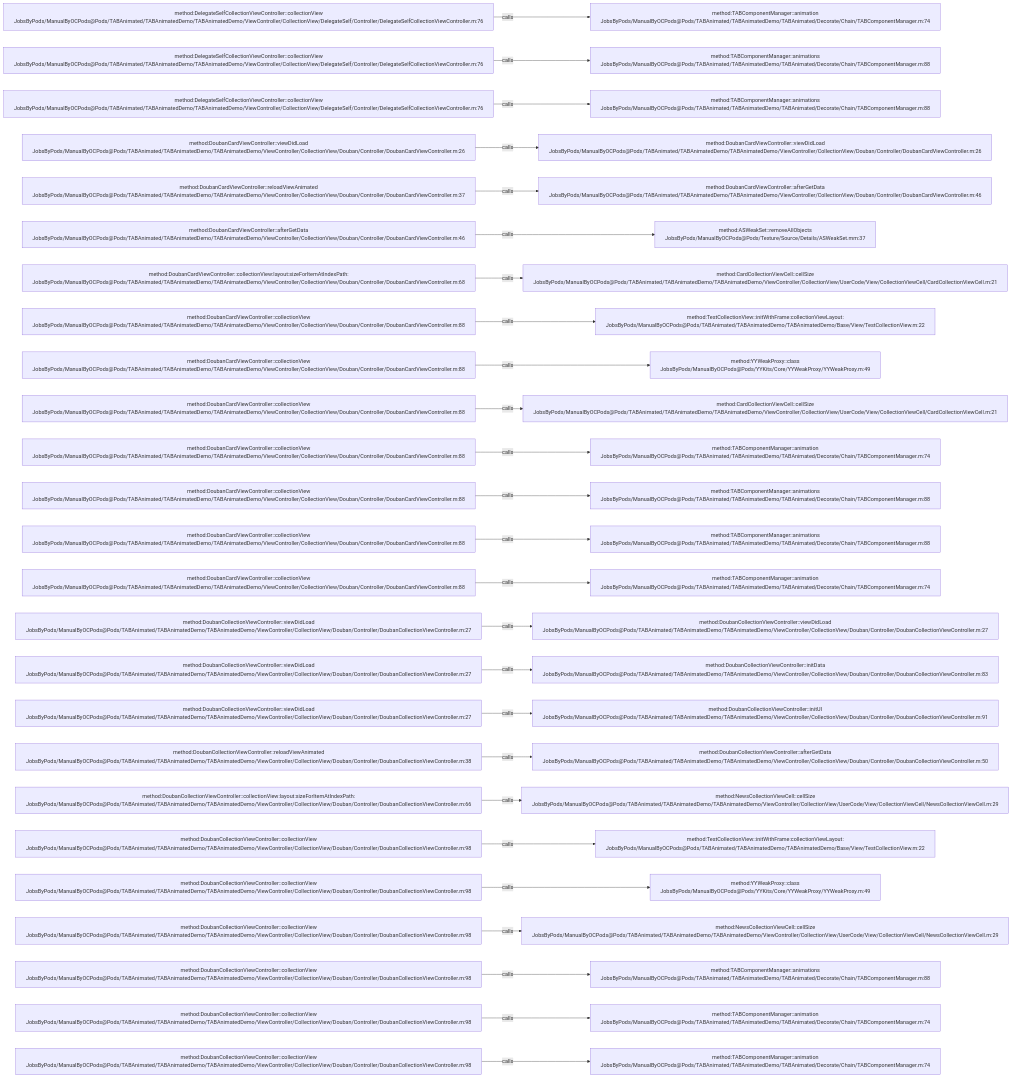
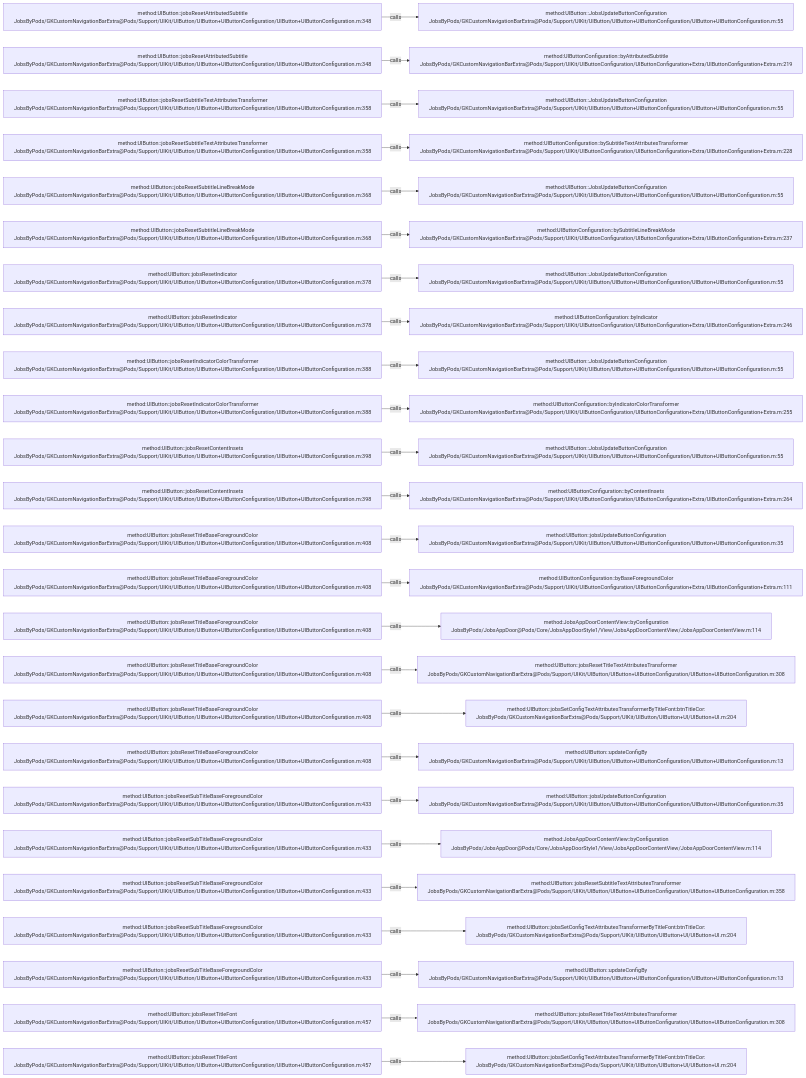
Before and after one commit to JobsKits/JobsOCBaseConfigDemo: the diagram in .codegraph/codegraph.md/graphs/calls-035.md, drawn with Mermaid. The commit also changed 768 other files, not shown here.

````diff
--- a/.codegraph/codegraph.md/graphs/calls-035.md
+++ b/.codegraph/codegraph.md/graphs/calls-035.md
@@ -13,78 +13,78 @@
 ```mermaid
 flowchart LR
-  S1["method:DelegateSelfCollectionViewController::collectionView<br/>JobsByPods/ManualByOCPods@Pods/TABAnimated/TABAnimatedDemo/TABAnimatedDemo/ViewController/CollectionView/DelegateSelf/Controller/DelegateSelfCollectionViewController.m:76"]
-  T1["method:TABComponentManager::animation<br/>JobsByPods/ManualByOCPods@Pods/TABAnimated/TABAnimatedDemo/TABAnimated/Decorate/Chain/TABComponentManager.m:74"]
+  S1["method:UIButton::jobsResetAttributedSubtitle<br/>JobsByPods/GKCustomNavigationBarExtra@Pods/Support/UIKit/UIButton/UIButton+UIButtonConfiguration/UIButton+UIButtonConfiguration.m:348"]
+  T1["method:UIButton::JobsUpdateButtonConfiguration<br/>JobsByPods/GKCustomNavigationBarExtra@Pods/Support/UIKit/UIButton/UIButton+UIButtonConfiguration/UIButton+UIButtonConfiguration.m:55"]
   S1 -->|calls| T1
-  S2["method:DelegateSelfCollectionViewController::collectionView<br/>JobsByPods/ManualByOCPods@Pods/TABAnimated/TABAnimatedDemo/TABAnimatedDemo/ViewController/CollectionView/DelegateSelf/Controller/DelegateSelfCollectionViewController.m:76"]
-  T2["method:TABComponentManager::animations<br/>JobsByPods/ManualByOCPods@Pods/TABAnimated/TABAnimatedDemo/TABAnimated/Decorate/Chain/TABComponentManager.m:88"]
+  S2["method:UIButton::jobsResetAttributedSubtitle<br/>JobsByPods/GKCustomNavigationBarExtra@Pods/Support/UIKit/UIButton/UIButton+UIButtonConfiguration/UIButton+UIButtonConfiguration.m:348"]
+  T2["method:UIButtonConfiguration::byAttributedSubtitle<br/>JobsByPods/GKCustomNavigationBarExtra@Pods/Support/UIKit/UIButtonConfiguration/UIButtonConfiguration+Extra/UIButtonConfiguration+Extra.m:219"]
   S2 -->|calls| T2
-  S3["method:DelegateSelfCollectionViewController::collectionView<br/>JobsByPods/ManualByOCPods@Pods/TABAnimated/TABAnimatedDemo/TABAnimatedDemo/ViewController/CollectionView/DelegateSelf/Controller/DelegateSelfCollectionViewController.m:76"]
-  T3["method:TABComponentManager::animations<br/>JobsByPods/ManualByOCPods@Pods/TABAnimated/TABAnimatedDemo/TABAnimated/Decorate/Chain/TABComponentManager.m:88"]
+  S3["method:UIButton::jobsResetSubtitleTextAttributesTransformer<br/>JobsByPods/GKCustomNavigationBarExtra@Pods/Support/UIKit/UIButton/UIButton+UIButtonConfiguration/UIButton+UIButtonConfiguration.m:358"]
+  T3["method:UIButton::JobsUpdateButtonConfiguration<br/>JobsByPods/GKCustomNavigationBarExtra@Pods/Support/UIKit/UIButton/UIButton+UIButtonConfiguration/UIButton+UIButtonConfiguration.m:55"]
   S3 -->|calls| T3
-  S4["method:DoubanCardViewController::viewDidLoad<br/>JobsByPods/ManualByOCPods@Pods/TABAnimated/TABAnimatedDemo/TABAnimatedDemo/ViewController/CollectionView/Douban/Controller/DoubanCardViewController.m:26"]
-  T4["method:DoubanCardViewController::viewDidLoad<br/>JobsByPods/ManualByOCPods@Pods/TABAnimated/TABAnimatedDemo/TABAnimatedDemo/ViewController/CollectionView/Douban/Controller/DoubanCardViewController.m:26"]
+  S4["method:UIButton::jobsResetSubtitleTextAttributesTransformer<br/>JobsByPods/GKCustomNavigationBarExtra@Pods/Support/UIKit/UIButton/UIButton+UIButtonConfiguration/UIButton+UIButtonConfiguration.m:358"]
+  T4["method:UIButtonConfiguration::bySubtitleTextAttributesTransformer<br/>JobsByPods/GKCustomNavigationBarExtra@Pods/Support/UIKit/UIButtonConfiguration/UIButtonConfiguration+Extra/UIButtonConfiguration+Extra.m:228"]
   S4 -->|calls| T4
-  S5["method:DoubanCardViewController::reloadViewAnimated<br/>JobsByPods/ManualByOCPods@Pods/TABAnimated/TABAnimatedDemo/TABAnimatedDemo/ViewController/CollectionView/Douban/Controller/DoubanCardViewController.m:37"]
-  T5["method:DoubanCardViewController::afterGetData<br/>JobsByPods/ManualByOCPods@Pods/TABAnimated/TABAnimatedDemo/TABAnimatedDemo/ViewController/CollectionView/Douban/Controller/DoubanCardViewController.m:46"]
+  S5["method:UIButton::jobsResetSubtitleLineBreakMode<br/>JobsByPods/GKCustomNavigationBarExtra@Pods/Support/UIKit/UIButton/UIButton+UIButtonConfiguration/UIButton+UIButtonConfiguration.m:368"]
+  T5["method:UIButton::JobsUpdateButtonConfiguration<br/>JobsByPods/GKCustomNavigationBarExtra@Pods/Support/UIKit/UIButton/UIButton+UIButtonConfiguration/UIButton+UIButtonConfiguration.m:55"]
   S5 -->|calls| T5
-  S6["method:DoubanCardViewController::afterGetData<br/>JobsByPods/ManualByOCPods@Pods/TABAnimated/TABAnimatedDemo/TABAnimatedDemo/ViewController/CollectionView/Douban/Controller/DoubanCardViewController.m:46"]
-  T6["method:ASWeakSet::removeAllObjects<br/>JobsByPods/ManualByOCPods@Pods/Texture/Source/Details/ASWeakSet.mm:37"]
+  S6["method:UIButton::jobsResetSubtitleLineBreakMode<br/>JobsByPods/GKCustomNavigationBarExtra@Pods/Support/UIKit/UIButton/UIButton+UIButtonConfiguration/UIButton+UIButtonConfiguration.m:368"]
+  T6["method:UIButtonConfiguration::bySubtitleLineBreakMode<br/>JobsByPods/GKCustomNavigationBarExtra@Pods/Support/UIKit/UIButtonConfiguration/UIButtonConfiguration+Extra/UIButtonConfiguration+Extra.m:237"]
   S6 -->|calls| T6
-  S7["method:DoubanCardViewController::collectionView:layout:sizeForItemAtIndexPath:<br/>JobsByPods/ManualByOCPods@Pods/TABAnimated/TABAnimatedDemo/TABAnimatedDemo/ViewController/CollectionView/Douban/Controller/DoubanCardViewController.m:68"]
-  T7["method:CardCollectionViewCell::cellSize<br/>JobsByPods/ManualByOCPods@Pods/TABAnimated/TABAnimatedDemo/TABAnimatedDemo/ViewController/CollectionView/UserCode/View/CollectionViewCell/CardCollectionViewCell.m:21"]
+  S7["method:UIButton::jobsResetIndicator<br/>JobsByPods/GKCustomNavigationBarExtra@Pods/Support/UIKit/UIButton/UIButton+UIButtonConfiguration/UIButton+UIButtonConfiguration.m:378"]
+  T7["method:UIButton::JobsUpdateButtonConfiguration<br/>JobsByPods/GKCustomNavigationBarExtra@Pods/Support/UIKit/UIButton/UIButton+UIButtonConfiguration/UIButton+UIButtonConfiguration.m:55"]
   S7 -->|calls| T7
-  S8["method:DoubanCardViewController::collectionView<br/>JobsByPods/ManualByOCPods@Pods/TABAnimated/TABAnimatedDemo/TABAnimatedDemo/ViewController/CollectionView/Douban/Controller/DoubanCardViewController.m:88"]
-  T8["method:TestCollectionView::initWithFrame:collectionViewLayout:<br/>JobsByPods/ManualByOCPods@Pods/TABAnimated/TABAnimatedDemo/TABAnimatedDemo/Base/View/TestCollectionView.m:22"]
+  S8["method:UIButton::jobsResetIndicator<br/>JobsByPods/GKCustomNavigationBarExtra@Pods/Support/UIKit/UIButton/UIButton+UIButtonConfiguration/UIButton+UIButtonConfiguration.m:378"]
+  T8["method:UIButtonConfiguration::byIndicator<br/>JobsByPods/GKCustomNavigationBarExtra@Pods/Support/UIKit/UIButtonConfiguration/UIButtonConfiguration+Extra/UIButtonConfiguration+Extra.m:246"]
   S8 -->|calls| T8
-  S9["method:DoubanCardViewController::collectionView<br/>JobsByPods/ManualByOCPods@Pods/TABAnimated/TABAnimatedDemo/TABAnimatedDemo/ViewController/CollectionView/Douban/Controller/DoubanCardViewController.m:88"]
-  T9["method:YYWeakProxy::class<br/>JobsByPods/ManualByOCPods@Pods/YYKits/Core/YYWeakProxy/YYWeakProxy.m:49"]
+  S9["method:UIButton::jobsResetIndicatorColorTransformer<br/>JobsByPods/GKCustomNavigationBarExtra@Pods/Support/UIKit/UIButton/UIButton+UIButtonConfiguration/UIButton+UIButtonConfiguration.m:388"]
+  T9["method:UIButton::JobsUpdateButtonConfiguration<br/>JobsByPods/GKCustomNavigationBarExtra@Pods/Support/UIKit/UIButton/UIButton+UIButtonConfiguration/UIButton+UIButtonConfiguration.m:55"]
   S9 -->|calls| T9
-  S10["method:DoubanCardViewController::collectionView<br/>JobsByPods/ManualByOCPods@Pods/TABAnimated/TABAnimatedDemo/TABAnimatedDemo/ViewController/CollectionView/Douban/Controller/DoubanCardViewController.m:88"]
-  T10["method:CardCollectionViewCell::cellSize<br/>JobsByPods/ManualByOCPods@Pods/TABAnimated/TABAnimatedDemo/TABAnimatedDemo/ViewController/CollectionView/UserCode/View/CollectionViewCell/CardCollectionViewCell.m:21"]
+  S10["method:UIButton::jobsResetIndicatorColorTransformer<br/>JobsByPods/GKCustomNavigationBarExtra@Pods/Support/UIKit/UIButton/UIButton+UIButtonConfiguration/UIButton+UIButtonConfiguration.m:388"]
+  T10["method:UIButtonConfiguration::byIndicatorColorTransformer<br/>JobsByPods/GKCustomNavigationBarExtra@Pods/Support/UIKit/UIButtonConfiguration/UIButtonConfiguration+Extra/UIButtonConfiguration+Extra.m:255"]
   S10 -->|calls| T10
-  S11["method:DoubanCardViewController::collectionView<br/>JobsByPods/ManualByOCPods@Pods/TABAnimated/TABAnimatedDemo/TABAnimatedDemo/ViewController/CollectionView/Douban/Controller/DoubanCardViewController.m:88"]
-  T11["method:TABComponentManager::animation<br/>JobsByPods/ManualByOCPods@Pods/TABAnimated/TABAnimatedDemo/TABAnimated/Decorate/Chain/TABComponentManager.m:74"]
+  S11["method:UIButton::jobsResetContentInsets<br/>JobsByPods/GKCustomNavigationBarExtra@Pods/Support/UIKit/UIButton/UIButton+UIButtonConfiguration/UIButton+UIButtonConfiguration.m:398"]
+  T11["method:UIButton::JobsUpdateButtonConfiguration<br/>JobsByPods/GKCustomNavigationBarExtra@Pods/Support/UIKit/UIButton/UIButton+UIButtonConfiguration/UIButton+UIButtonConfiguration.m:55"]
   S11 -->|calls| T11
-  S12["method:DoubanCardViewController::collectionView<br/>JobsByPods/ManualByOCPods@Pods/TABAnimated/TABAnimatedDemo/TABAnimatedDemo/ViewController/CollectionView/Douban/Controller/DoubanCardViewController.m:88"]
-  T12["method:TABComponentManager::animations<br/>JobsByPods/ManualByOCPods@Pods/TABAnimated/TABAnimatedDemo/TABAnimated/Decorate/Chain/TABComponentManager.m:88"]
+  S12["method:UIButton::jobsResetContentInsets<br/>JobsByPods/GKCustomNavigationBarExtra@Pods/Support/UIKit/UIButton/UIButton+UIButtonConfiguration/UIButton+UIButtonConfiguration.m:398"]
+  T12["method:UIButtonConfiguration::byContentInsets<br/>JobsByPods/GKCustomNavigationBarExtra@Pods/Support/UIKit/UIButtonConfiguration/UIButtonConfiguration+Extra/UIButtonConfiguration+Extra.m:264"]
   S12 -->|calls| T12
-  S13["method:DoubanCardViewController::collectionView<br/>JobsByPods/ManualByOCPods@Pods/TABAnimated/TABAnimatedDemo/TABAnimatedDemo/ViewController/CollectionView/Douban/Controller/DoubanCardViewController.m:88"]
-  T13["method:TABComponentManager::animations<br/>JobsByPods/ManualByOCPods@Pods/TABAnimated/TABAnimatedDemo/TABAnimated/Decorate/Chain/TABComponentManager.m:88"]
+  S13["method:UIButton::jobsResetTitleBaseForegroundColor<br/>JobsByPods/GKCustomNavigationBarExtra@Pods/Support/UIKit/UIButton/UIButton+UIButtonConfiguration/UIButton+UIButtonConfiguration.m:408"]
+  T13["method:UIButton::jobsUpdateButtonConfiguration<br/>JobsByPods/GKCustomNavigationBarExtra@Pods/Support/UIKit/UIButton/UIButton+UIButtonConfiguration/UIButton+UIButtonConfiguration.m:35"]
   S13 -->|calls| T13
-  S14["method:DoubanCardViewController::collectionView<br/>JobsByPods/ManualByOCPods@Pods/TABAnimated/TABAnimatedDemo/TABAnimatedDemo/ViewController/CollectionView/Douban/Controller/DoubanCardViewController.m:88"]
-  T14["method:TABComponentManager::animation<br/>JobsByPods/ManualByOCPods@Pods/TABAnimated/TABAnimatedDemo/TABAnimated/Decorate/Chain/TABComponentManager.m:74"]
+  S14["method:UIButton::jobsResetTitleBaseForegroundColor<br/>JobsByPods/GKCustomNavigationBarExtra@Pods/Support/UIKit/UIButton/UIButton+UIButtonConfiguration/UIButton+UIButtonConfiguration.m:408"]
+  T14["method:UIButtonConfiguration::byBaseForegroundColor<br/>JobsByPods/GKCustomNavigationBarExtra@Pods/Support/UIKit/UIButtonConfiguration/UIButtonConfiguration+Extra/UIButtonConfiguration+Extra.m:111"]
   S14 -->|calls| T14
-  S15["method:DoubanCollectionViewController::viewDidLoad<br/>JobsByPods/ManualByOCPods@Pods/TABAnimated/TABAnimatedDemo/TABAnimatedDemo/ViewController/CollectionView/Douban/Controller/DoubanCollectionViewController.m:27"]
-  T15["method:DoubanCollectionViewController::viewDidLoad<br/>JobsByPods/ManualByOCPods@Pods/TABAnimated/TABAnimatedDemo/TABAnimatedDemo/ViewController/CollectionView/Douban/Controller/DoubanCollectionViewController.m:27"]
+  S15["method:UIButton::jobsResetTitleBaseForegroundColor<br/>JobsByPods/GKCustomNavigationBarExtra@Pods/Support/UIKit/UIButton/UIButton+UIButtonConfiguration/UIButton+UIButtonConfiguration.m:408"]
+  T15["method:JobsAppDoorContentView::byConfiguration<br/>JobsByPods/JobsAppDoor@Pods/Core/JobsAppDoorStyle1/View/JobsAppDoorContentView/JobsAppDoorContentView.m:114"]
   S15 -->|calls| T15
-  S16["method:DoubanCollectionViewController::viewDidLoad<br/>JobsByPods/ManualByOCPods@Pods/TABAnimated/TABAnimatedDemo/TABAnimatedDemo/ViewController/CollectionView/Douban/Controller/DoubanCollectionViewController.m:27"]
-  T16["method:DoubanCollectionViewController::initData<br/>JobsByPods/ManualByOCPods@Pods/TABAnimated/TABAnimatedDemo/TABAnimatedDemo/ViewController/CollectionView/Douban/Controller/DoubanCollectionViewController.m:83"]
+  S16["method:UIButton::jobsResetTitleBaseForegroundColor<br/>JobsByPods/GKCustomNavigationBarExtra@Pods/Support/UIKit/UIButton/UIButton+UIButtonConfiguration/UIButton+UIButtonConfiguration.m:408"]
+  T16["method:UIButton::jobsResetTitleTextAttributesTransformer<br/>JobsByPods/GKCustomNavigationBarExtra@Pods/Support/UIKit/UIButton/UIButton+UIButtonConfiguration/UIButton+UIButtonConfiguration.m:308"]
   S16 -->|calls| T16
-  S17["method:DoubanCollectionViewController::viewDidLoad<br/>JobsByPods/ManualByOCPods@Pods/TABAnimated/TABAnimatedDemo/TABAnimatedDemo/ViewController/CollectionView/Douban/Controller/DoubanCollectionViewController.m:27"]
-  T17["method:DoubanCollectionViewController::initUI<br/>JobsByPods/ManualByOCPods@Pods/TABAnimated/TABAnimatedDemo/TABAnimatedDemo/ViewController/CollectionView/Douban/Controller/DoubanCollectionViewController.m:91"]
+  S17["method:UIButton::jobsResetTitleBaseForegroundColor<br/>JobsByPods/GKCustomNavigationBarExtra@Pods/Support/UIKit/UIButton/UIButton+UIButtonConfiguration/UIButton+UIButtonConfiguration.m:408"]
+  T17["method:UIButton::jobsSetConfigTextAttributesTransformerByTitleFont:btnTitleCor:<br/>JobsByPods/GKCustomNavigationBarExtra@Pods/Support/UIKit/UIButton/UIButton+UI/UIButton+UI.m:204"]
   S17 -->|calls| T17
-  S18["method:DoubanCollectionViewController::reloadViewAnimated<br/>JobsByPods/ManualByOCPods@Pods/TABAnimated/TABAnimatedDemo/TABAnimatedDemo/ViewController/CollectionView/Douban/Controller/DoubanCollectionViewController.m:38"]
-  T18["method:DoubanCollectionViewController::afterGetData<br/>JobsByPods/ManualByOCPods@Pods/TABAnimated/TABAnimatedDemo/TABAnimatedDemo/ViewController/CollectionView/Douban/Controller/DoubanCollectionViewController.m:50"]
+  S18["method:UIButton::jobsResetTitleBaseForegroundColor<br/>JobsByPods/GKCustomNavigationBarExtra@Pods/Support/UIKit/UIButton/UIButton+UIButtonConfiguration/UIButton+UIButtonConfiguration.m:408"]
+  T18["method:UIButton::updateConfigBy<br/>JobsByPods/GKCustomNavigationBarExtra@Pods/Support/UIKit/UIButton/UIButton+UIButtonConfiguration/UIButton+UIButtonConfiguration.m:13"]
   S18 -->|calls| T18
-  S19["method:DoubanCollectionViewController::collectionView:layout:sizeForItemAtIndexPath:<br/>JobsByPods/ManualByOCPods@Pods/TABAnimated/TABAnimatedDemo/TABAnimatedDemo/ViewController/CollectionView/Douban/Controller/DoubanCollectionViewController.m:66"]
-  T19["method:NewsCollectionViewCell::cellSize<br/>JobsByPods/ManualByOCPods@Pods/TABAnimated/TABAnimatedDemo/TABAnimatedDemo/ViewController/CollectionView/UserCode/View/CollectionViewCell/NewsCollectionViewCell.m:29"]
+  S19["method:UIButton::jobsResetSubTitleBaseForegroundColor<br/>JobsByPods/GKCustomNavigationBarExtra@Pods/Support/UIKit/UIButton/UIButton+UIButtonConfiguration/UIButton+UIButtonConfiguration.m:433"]
+  T19["method:UIButton::jobsUpdateButtonConfiguration<br/>JobsByPods/GKCustomNavigationBarExtra@Pods/Support/UIKit/UIButton/UIButton+UIButtonConfiguration/UIButton+UIButtonConfiguration.m:35"]
   S19 -->|calls| T19
-  S20["method:DoubanCollectionViewController::collectionView<br/>JobsByPods/ManualByOCPods@Pods/TABAnimated/TABAnimatedDemo/TABAnimatedDemo/ViewController/CollectionView/Douban/Controller/DoubanCollectionViewController.m:98"]
-  T20["method:TestCollectionView::initWithFrame:collectionViewLayout:<br/>JobsByPods/ManualByOCPods@Pods/TABAnimated/TABAnimatedDemo/TABAnimatedDemo/Base/View/TestCollectionView.m:22"]
+  S20["method:UIButton::jobsResetSubTitleBaseForegroundColor<br/>JobsByPods/GKCustomNavigationBarExtra@Pods/Support/UIKit/UIButton/UIButton+UIButtonConfiguration/UIButton+UIButtonConfiguration.m:433"]
+  T20["method:JobsAppDoorContentView::byConfiguration<br/>JobsByPods/JobsAppDoor@Pods/Core/JobsAppDoorStyle1/View/JobsAppDoorContentView/JobsAppDoorContentView.m:114"]
   S20 -->|calls| T20
-  S21["method:DoubanCollectionViewController::collectionView<br/>JobsByPods/ManualByOCPods@Pods/TABAnimated/TABAnimatedDemo/TABAnimatedDemo/ViewController/CollectionView/Douban/Controller/DoubanCollectionViewController.m:98"]
-  T21["method:YYWeakProxy::class<br/>JobsByPods/ManualByOCPods@Pods/YYKits/Core/YYWeakProxy/YYWeakProxy.m:49"]
+  S21["method:UIButton::jobsResetSubTitleBaseForegroundColor<br/>JobsByPods/GKCustomNavigationBarExtra@Pods/Support/UIKit/UIButton/UIButton+UIButtonConfiguration/UIButton+UIButtonConfiguration.m:433"]
+  T21["method:UIButton::jobsResetSubtitleTextAttributesTransformer<br/>JobsByPods/GKCustomNavigationBarExtra@Pods/Support/UIKit/UIButton/UIButton+UIButtonConfiguration/UIButton+UIButtonConfiguration.m:358"]
   S21 -->|calls| T21
-  S22["method:DoubanCollectionViewController::collectionView<br/>JobsByPods/ManualByOCPods@Pods/TABAnimated/TABAnimatedDemo/TABAnimatedDemo/ViewController/CollectionView/Douban/Controller/DoubanCollectionViewController.m:98"]
-  T22["method:NewsCollectionViewCell::cellSize<br/>JobsByPods/ManualByOCPods@Pods/TABAnimated/TABAnimatedDemo/TABAnimatedDemo/ViewController/CollectionView/UserCode/View/CollectionViewCell/NewsCollectionViewCell.m:29"]
+  S22["method:UIButton::jobsResetSubTitleBaseForegroundColor<br/>JobsByPods/GKCustomNavigationBarExtra@Pods/Support/UIKit/UIButton/UIButton+UIButtonConfiguration/UIButton+UIButtonConfiguration.m:433"]
+  T22["method:UIButton::jobsSetConfigTextAttributesTransformerByTitleFont:btnTitleCor:<br/>JobsByPods/GKCustomNavigationBarExtra@Pods/Support/UIKit/UIButton/UIButton+UI/UIButton+UI.m:204"]
   S22 -->|calls| T22
-  S23["method:DoubanCollectionViewController::collectionView<br/>JobsByPods/ManualByOCPods@Pods/TABAnimated/TABAnimatedDemo/TABAnimatedDemo/ViewController/CollectionView/Douban/Controller/DoubanCollectionViewController.m:98"]
-  T23["method:TABComponentManager::animations<br/>JobsByPods/ManualByOCPods@Pods/TABAnimated/TABAnimatedDemo/TABAnimated/Decorate/Chain/TABComponentManager.m:88"]
+  S23["method:UIButton::jobsResetSubTitleBaseForegroundColor<br/>JobsByPods/GKCustomNavigationBarExtra@Pods/Support/UIKit/UIButton/UIButton+UIButtonConfiguration/UIButton+UIButtonConfiguration.m:433"]
+  T23["method:UIButton::updateConfigBy<br/>JobsByPods/GKCustomNavigationBarExtra@Pods/Support/UIKit/UIButton/UIButton+UIButtonConfiguration/UIButton+UIButtonConfiguration.m:13"]
   S23 -->|calls| T23
-  S24["method:DoubanCollectionViewController::collectionView<br/>JobsByPods/ManualByOCPods@Pods/TABAnimated/TABAnimatedDemo/TABAnimatedDemo/ViewController/CollectionView/Douban/Controller/DoubanCollectionViewController.m:98"]
-  T24["method:TABComponentManager::animation<br/>JobsByPods/ManualByOCPods@Pods/TABAnimated/TABAnimatedDemo/TABAnimated/Decorate/Chain/TABComponentManager.m:74"]
+  S24["method:UIButton::jobsResetTitleFont<br/>JobsByPods/GKCustomNavigationBarExtra@Pods/Support/UIKit/UIButton/UIButton+UIButtonConfiguration/UIButton+UIButtonConfiguration.m:457"]
+  T24["method:UIButton::jobsResetTitleTextAttributesTransformer<br/>JobsByPods/GKCustomNavigationBarExtra@Pods/Support/UIKit/UIButton/UIButton+UIButtonConfiguration/UIButton+UIButtonConfiguration.m:308"]
   S24 -->|calls| T24
-  S25["method:DoubanCollectionViewController::collectionView<br/>JobsByPods/ManualByOCPods@Pods/TABAnimated/TABAnimatedDemo/TABAnimatedDemo/ViewController/CollectionView/Douban/Controller/DoubanCollectionViewController.m:98"]
-  T25["method:TABComponentManager::animation<br/>JobsByPods/ManualByOCPods@Pods/TABAnimated/TABAnimatedDemo/TABAnimated/Decorate/Chain/TABComponentManager.m:74"]
+  S25["method:UIButton::jobsResetTitleFont<br/>JobsByPods/GKCustomNavigationBarExtra@Pods/Support/UIKit/UIButton/UIButton+UIButtonConfiguration/UIButton+UIButtonConfiguration.m:457"]
+  T25["method:UIButton::jobsSetConfigTextAttributesTransformerByTitleFont:btnTitleCor:<br/>JobsByPods/GKCustomNavigationBarExtra@Pods/Support/UIKit/UIButton/UIButton+UI/UIButton+UI.m:204"]
   S25 -->|calls| T25
 ```
````
